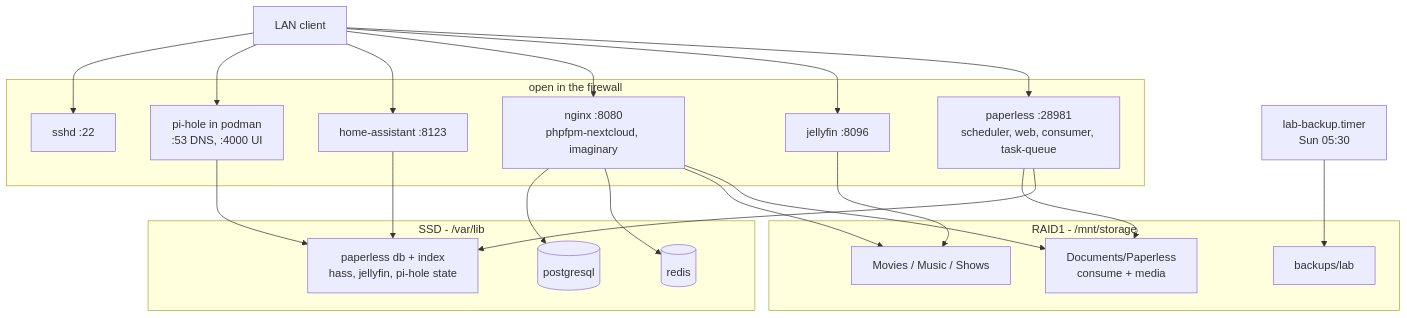
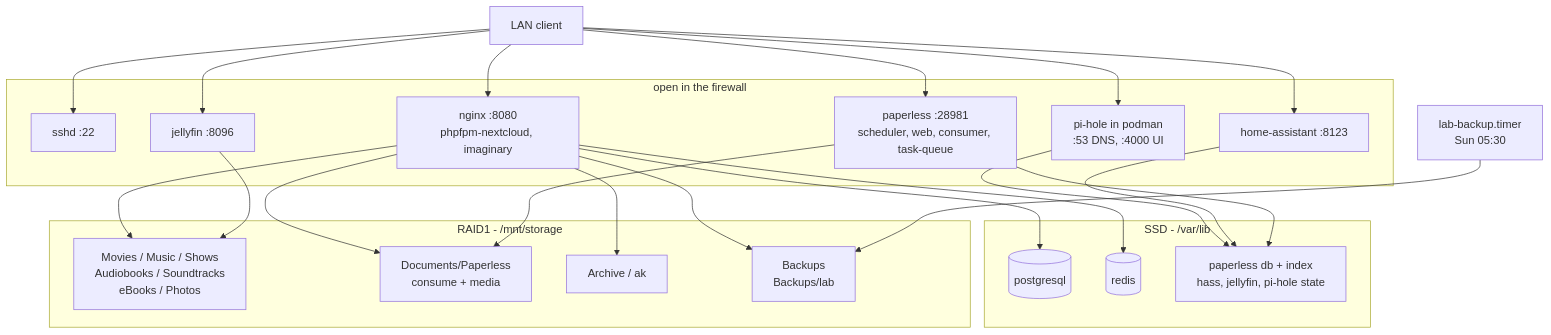
Before and after one commit to antonkesy/home-server: the second of 2 diagrams in README.md, drawn with Mermaid. The commit also changed other lines of this file and 4 other files, not shown here.

````diff
--- a/README.md
+++ b/README.md
@@ -50,36 +50,37 @@
 ```mermaid
 flowchart TD
   client["LAN client"]
 
   subgraph fw["open in the firewall"]
     ssh["sshd :22"]
     ph["pi-hole in podman<br>:53 DNS, :4000 UI"]
     has["home-assistant :8123"]
     ncb["nginx :8080<br>phpfpm-nextcloud, imaginary"]
     jfb["jellyfin :8096"]
     plb["paperless :28981<br>scheduler, web, consumer, task-queue"]
   end
 
   subgraph ssdg["SSD - /var/lib"]
     pg[("postgresql")]
     rd[("redis")]
     st["paperless db + index<br>hass, jellyfin, pi-hole state"]
   end
 
   subgraph raid["RAID1 - /mnt/storage"]
-    med["Movies / Music / Shows"]
+    med["Movies / Music / Shows<br>Audiobooks / Soundtracks<br>eBooks / Photos"]
     doc["Documents/Paperless<br>consume + media"]
-    bak["backups/lab"]
+    arc["Archive / ak"]
+    bak["Backups<br>Backups/lab"]
   end
 
   client --> ssh & ph & has
   client --> ncb & jfb & plb
   ph --> st
   has --> st
   ncb --> pg & rd
-  ncb --> med & doc
+  ncb --> med & doc & arc & bak
   jfb --> med
   plb --> doc
   plb --> st
   tb["lab-backup.timer<br>Sun 05:30"] --> bak
 ```
````
